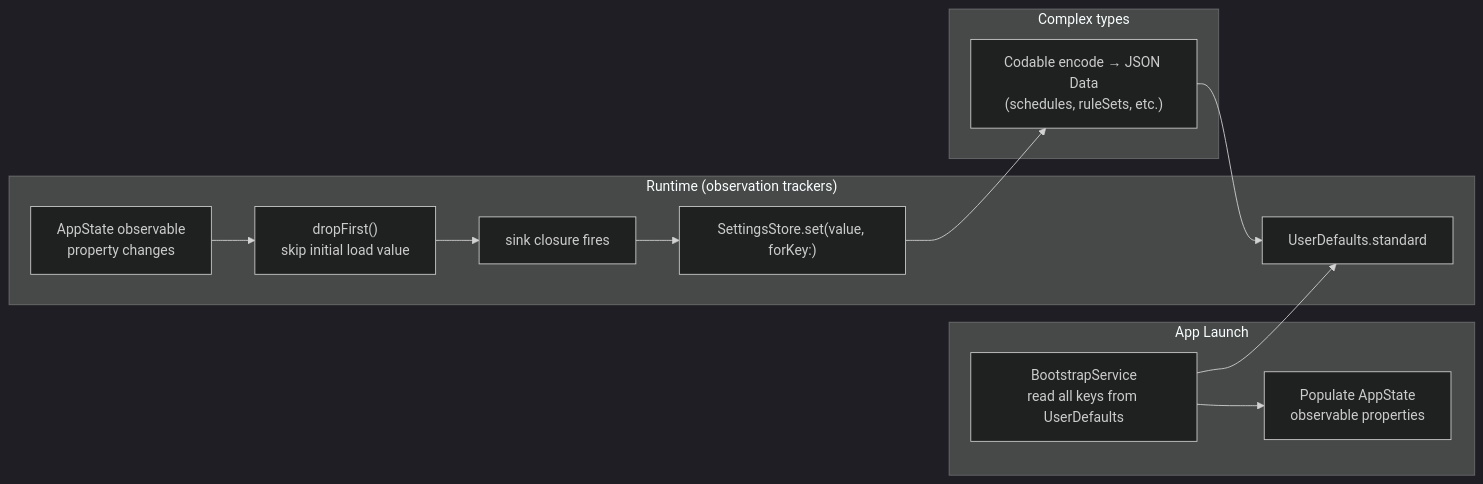
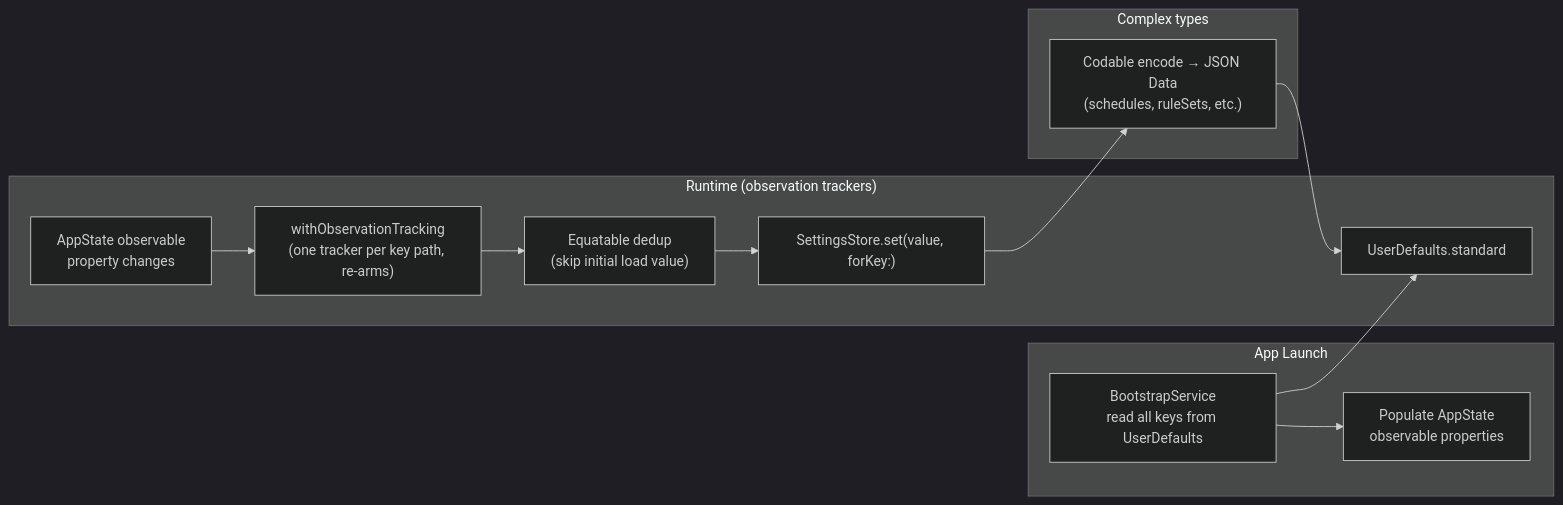
One commit to albibenni/free changed the tenth of 12 diagrams in Docs/diagrams.md. Above: the diagram before and after it, drawn with Mermaid (dark theme). The commit also changed other lines of this file and 1 other file, not shown here.

````diff
--- a/Docs/diagrams.md
+++ b/Docs/diagrams.md
@@ -365,27 +371,27 @@
 ```mermaid
 flowchart LR
   subgraph Startup["App Launch"]
     BS["BootstrapService\nread all keys from UserDefaults"]
     Populate["Populate AppState\nobservable properties"]
   end
 
   subgraph Runtime["Runtime (observation trackers)"]
     Published["AppState observable\nproperty changes"]
-    DropFirst["dropFirst()\nskip initial load value"]
-    Sink["sink closure fires"]
+    Tracker["withObservationTracking\n(one tracker per key path, re-arms)"]
+    Dedup["Equatable dedup\n(skip initial load value)"]
     Write["SettingsStore.set(value, forKey:)"]
     UD["UserDefaults.standard"]
   end
 
   subgraph Models["Complex types"]
     Codable["Codable encode → JSON Data\n(schedules, ruleSets, etc.)"]
   end
 
   BS --> Populate
-  Published --> DropFirst
-  DropFirst --> Sink
-  Sink --> Write
+  Published --> Tracker
+  Tracker --> Dedup
+  Dedup --> Write
   Write --> Codable
   Codable --> UD
   BS --> UD
 ```
````
